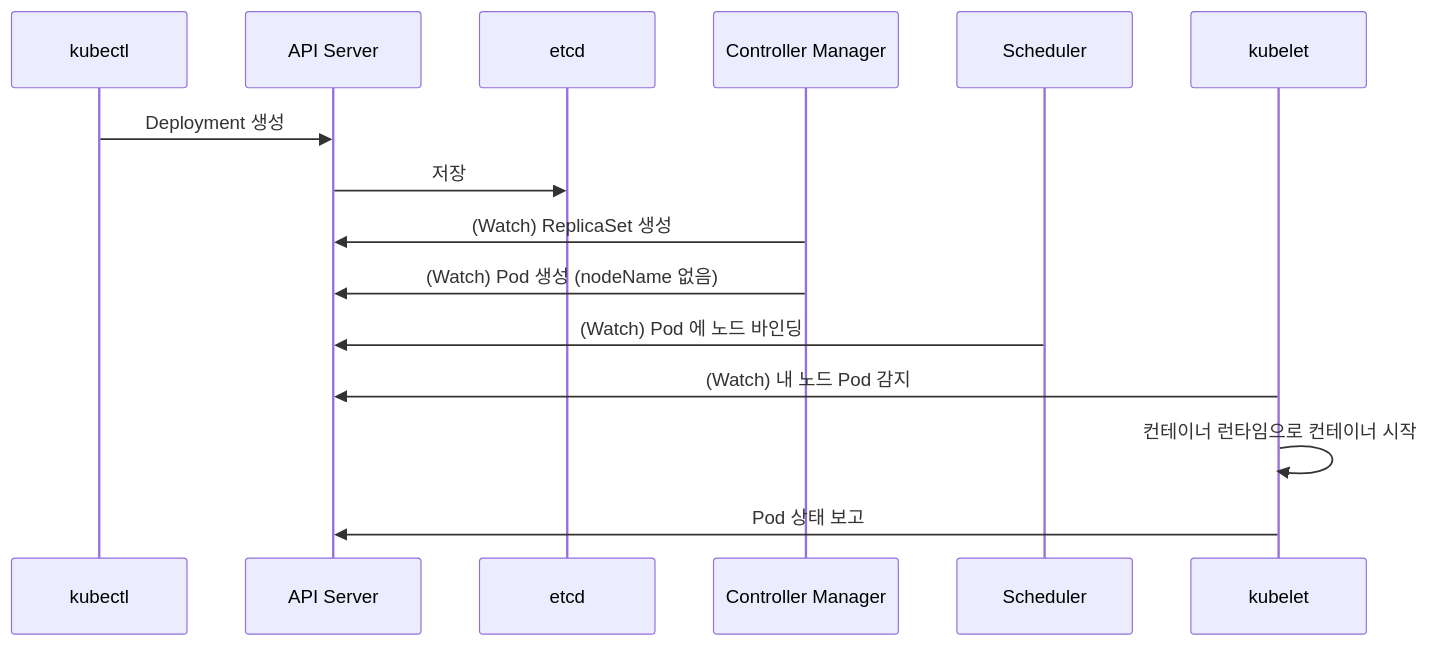
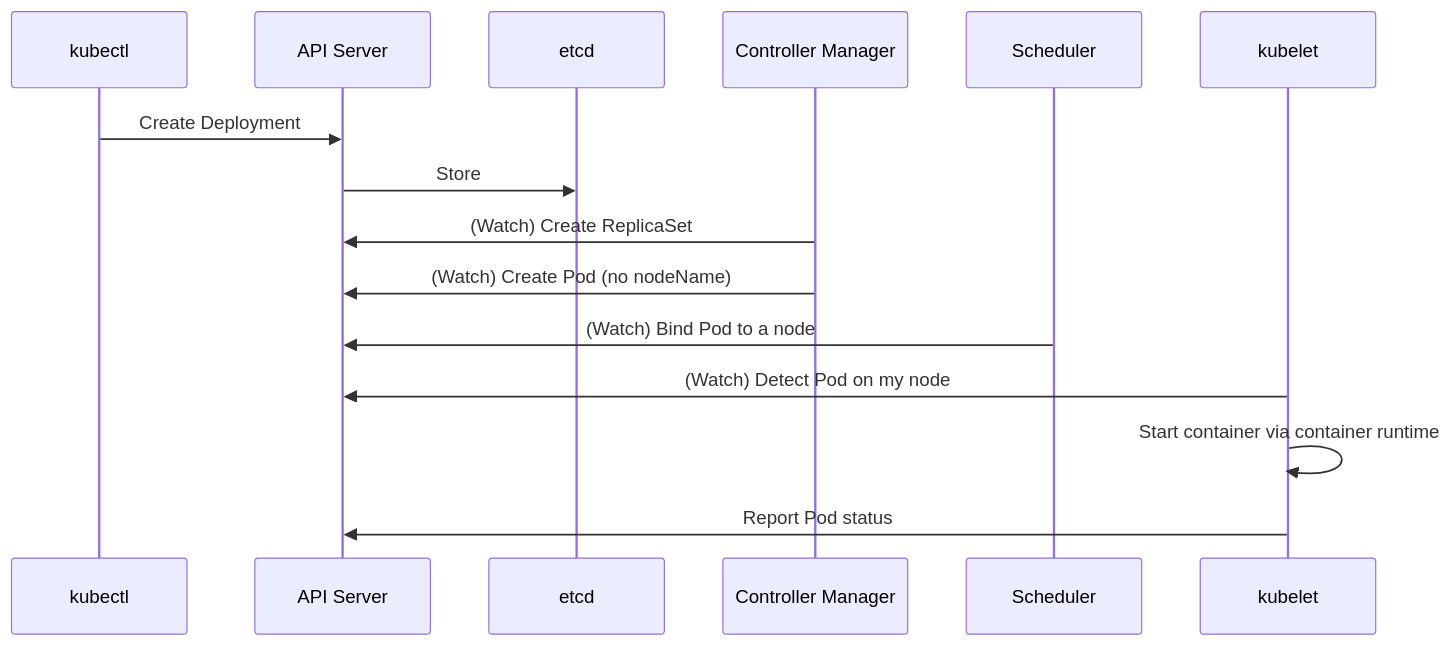
One commit to jeonck/k8s-adv changed the second of 2 diagrams in content/usecases/50-uc-architecture-crash-course.md. Above: the diagram before and after it, drawn with Mermaid. The commit also changed other lines of this file and 223 other files, not shown here.

````diff
--- a/content/usecases/50-uc-architecture-crash-course.md
+++ b/content/usecases/50-uc-architecture-crash-course.md
@@ -67,17 +67,17 @@
 ```mermaid
 sequenceDiagram
     participant U as kubectl
     participant A as API Server
     participant E as etcd
     participant C as Controller Manager
     participant S as Scheduler
     participant K as kubelet
-    U->>A: Deployment 생성
-    A->>E: 저장
-    C->>A: (Watch) ReplicaSet 생성
-    C->>A: (Watch) Pod 생성 (nodeName 없음)
-    S->>A: (Watch) Pod 에 노드 바인딩
-    K->>A: (Watch) 내 노드 Pod 감지
-    K->>K: 컨테이너 런타임으로 컨테이너 시작
-    K->>A: Pod 상태 보고
+    U->>A: Create Deployment
+    A->>E: Store
+    C->>A: (Watch) Create ReplicaSet
+    C->>A: (Watch) Create Pod (no nodeName)
+    S->>A: (Watch) Bind Pod to a node
+    K->>A: (Watch) Detect Pod on my node
+    K->>K: Start container via container runtime
+    K->>A: Report Pod status
 ```
````
